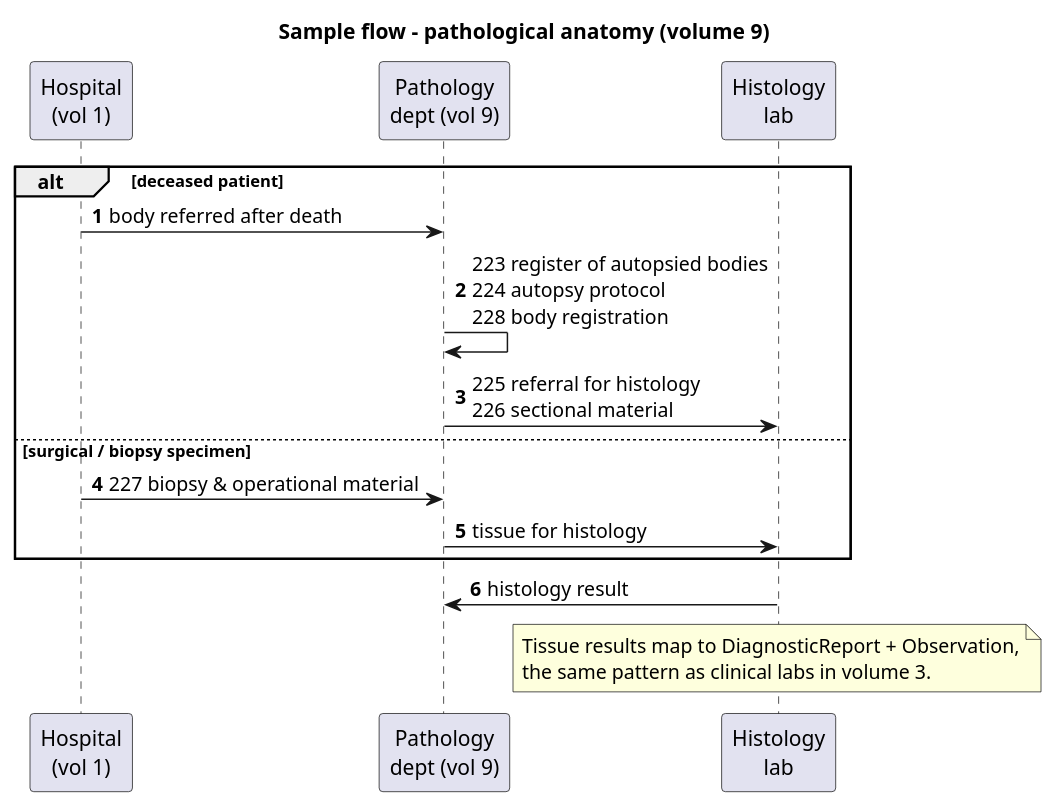
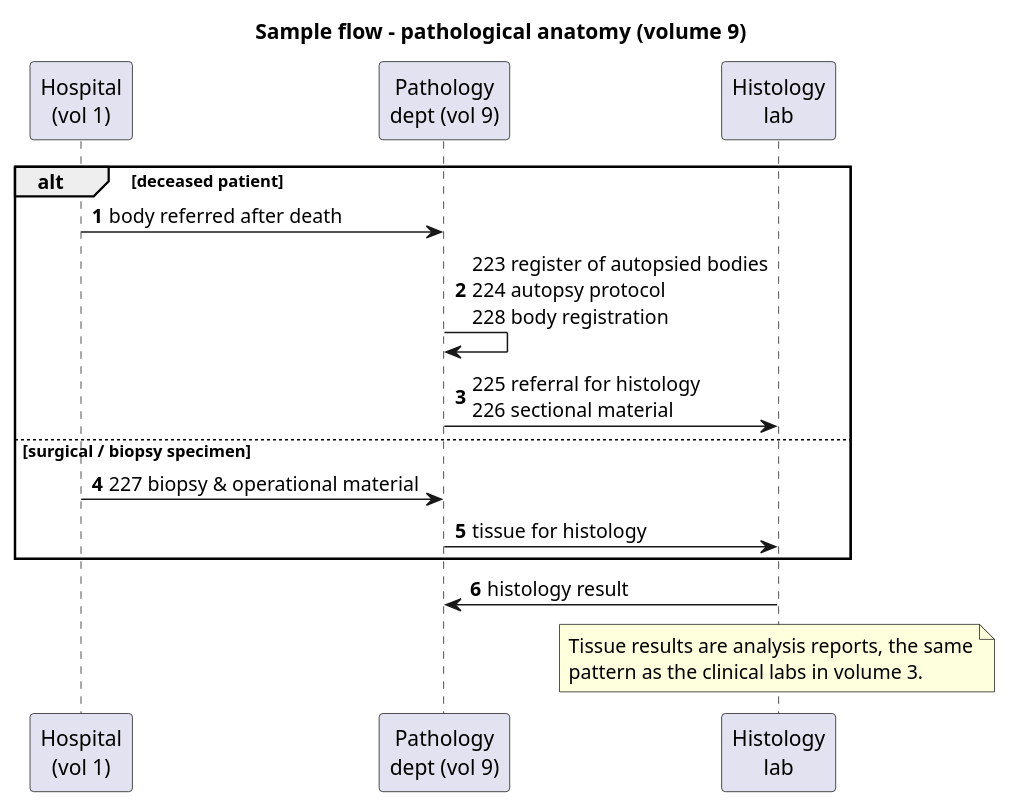
One commit to uzinfocom-org/digital-health-integration changed the diagram in input/images-source/forms-vol09-flow.plantuml. Above: the diagram before and after it, drawn with PlantUML. The commit also changed 12 other files, not shown here.

Commit message:
strip FHIR mappings from volume diagrams

```diff
--- a/input/images-source/forms-vol09-flow.plantuml
+++ b/input/images-source/forms-vol09-flow.plantuml
@@ -1,22 +1,22 @@
 @startuml forms-vol09-flow
 title Sample flow - pathological anatomy (volume 9)
 autonumber
 
 participant "Hospital\n(vol 1)" as H
 participant "Pathology\ndept (vol 9)" as PA
 participant "Histology\nlab" as HIST
 
 alt deceased patient
   H -> PA : body referred after death
   PA -> PA : 223 register of autopsied bodies\n224 autopsy protocol\n228 body registration
   PA -> HIST : 225 referral for histology\n226 sectional material
 else surgical / biopsy specimen
   H -> PA : 227 biopsy & operational material
   PA -> HIST : tissue for histology
 end
 HIST -> PA : histology result
 note over HIST
-  Tissue results map to DiagnosticReport + Observation,
-  the same pattern as clinical labs in volume 3.
+  Tissue results are analysis reports, the same
+  pattern as the clinical labs in volume 3.
 end note
 @enduml
```
